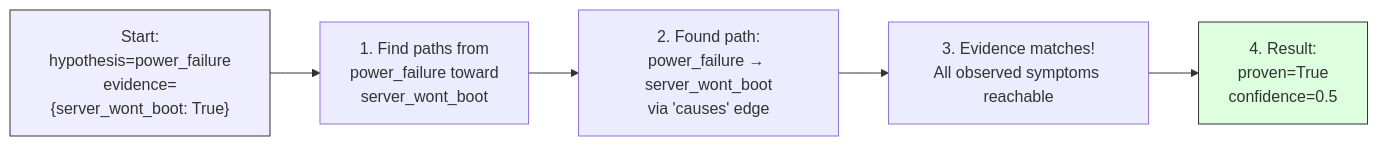
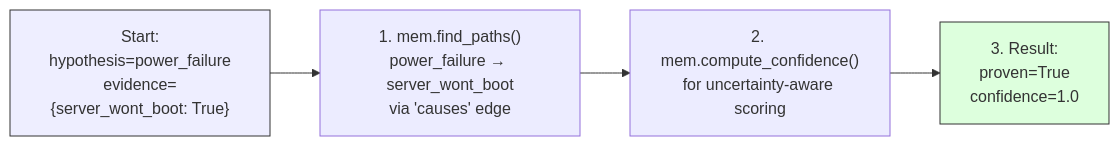
Before and after one commit to antquinonez/Hyper3: the second of 3 diagrams in examples/showcase/it_troubleshooting/README.md, drawn with Mermaid. The commit also changed other lines of this file and 11 other files, not shown here.

````diff
--- a/examples/showcase/it_troubleshooting/README.md
+++ b/examples/showcase/it_troubleshooting/README.md
@@ -123,15 +130,13 @@
 ```mermaid
 flowchart LR
     Start["Start:<br/>hypothesis=power_failure<br/>evidence={server_wont_boot: True}"] --> Step1
 
-    Step1["1. Find paths from<br/>power_failure toward<br/>server_wont_boot"]
+    Step1["1. mem.find_paths()<br/>power_failure → server_wont_boot<br/>via 'causes' edge"]
 
-    Step1 --> Step2["2. Found path:<br/>power_failure → server_wont_boot<br/>via 'causes' edge"]
+    Step1 --> Step2["2. mem.compute_confidence()<br/>for uncertainty-aware scoring"]
 
-    Step2 --> Step3["3. Evidence matches!<br/>All observed symptoms reachable"]
-
-    Step3 --> Step4["4. Result:<br/>proven=True<br/>confidence=0.5"]
+    Step2 --> Step3["3. Result:<br/>proven=True<br/>confidence=1.0"]
 
     style Start fill:#eef,stroke:#333
-    style Step4 fill:#dfd,stroke:#333
+    style Step3 fill:#dfd,stroke:#333
 ```
````
